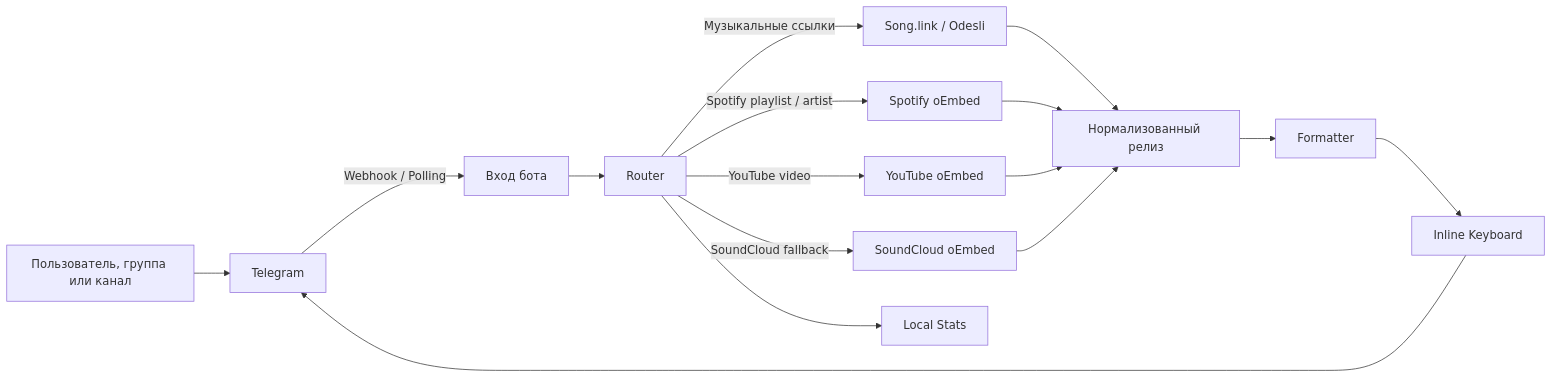
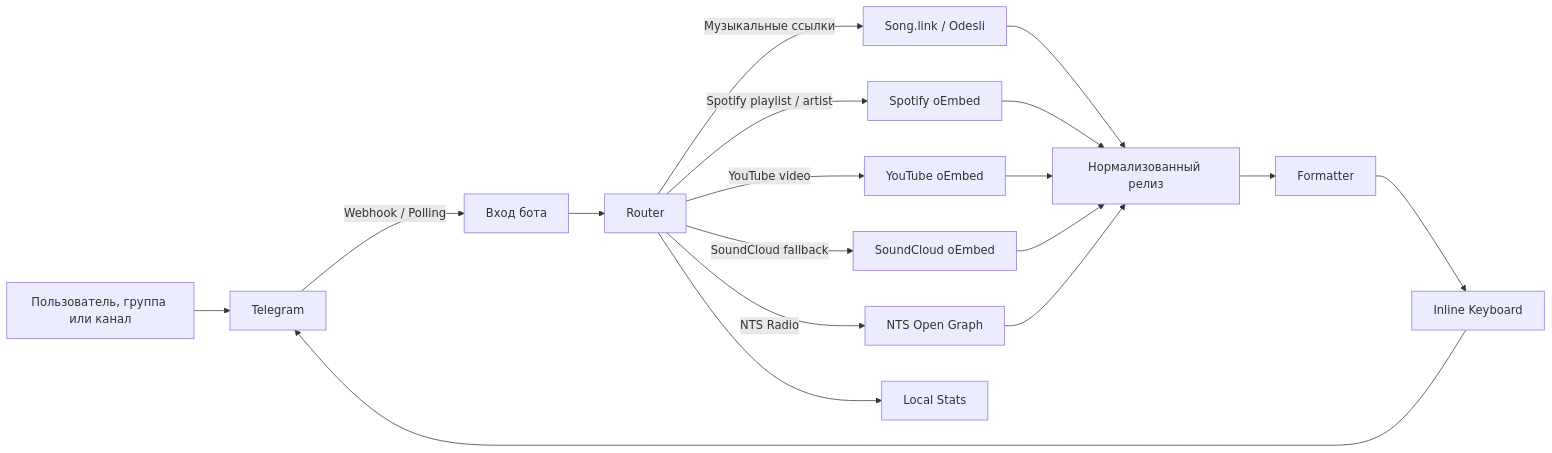
Before and after one commit to StonerHand/stonerhand-soundlinks-bot: the diagram in README.ru.md, drawn with Mermaid. The commit also changed other lines of this file and 13 other files, not shown here.

Commit message:
Add NTS Radio link cards

````diff
--- a/README.ru.md
+++ b/README.ru.md
@@ -157,18 +171,20 @@
 ```mermaid
 flowchart LR
     U["Пользователь, группа или канал"] --> T["Telegram"]
     T -->|"Webhook / Polling"| H["Вход бота"]
     H --> R["Router"]
     R -->|"Музыкальные ссылки"| S["Song.link / Odesli"]
     R -->|"Spotify playlist / artist"| O1["Spotify oEmbed"]
     R -->|"YouTube video"| O2["YouTube oEmbed"]
     R -->|"SoundCloud fallback"| O3["SoundCloud oEmbed"]
+    R -->|"NTS Radio"| O4["NTS Open Graph"]
     S --> N["Нормализованный релиз"]
     O1 --> N
     O2 --> N
     O3 --> N
+    O4 --> N
     N --> F["Formatter"]
     F --> K["Inline Keyboard"]
     K --> T
     R --> ST["Local Stats"]
 ```
````
